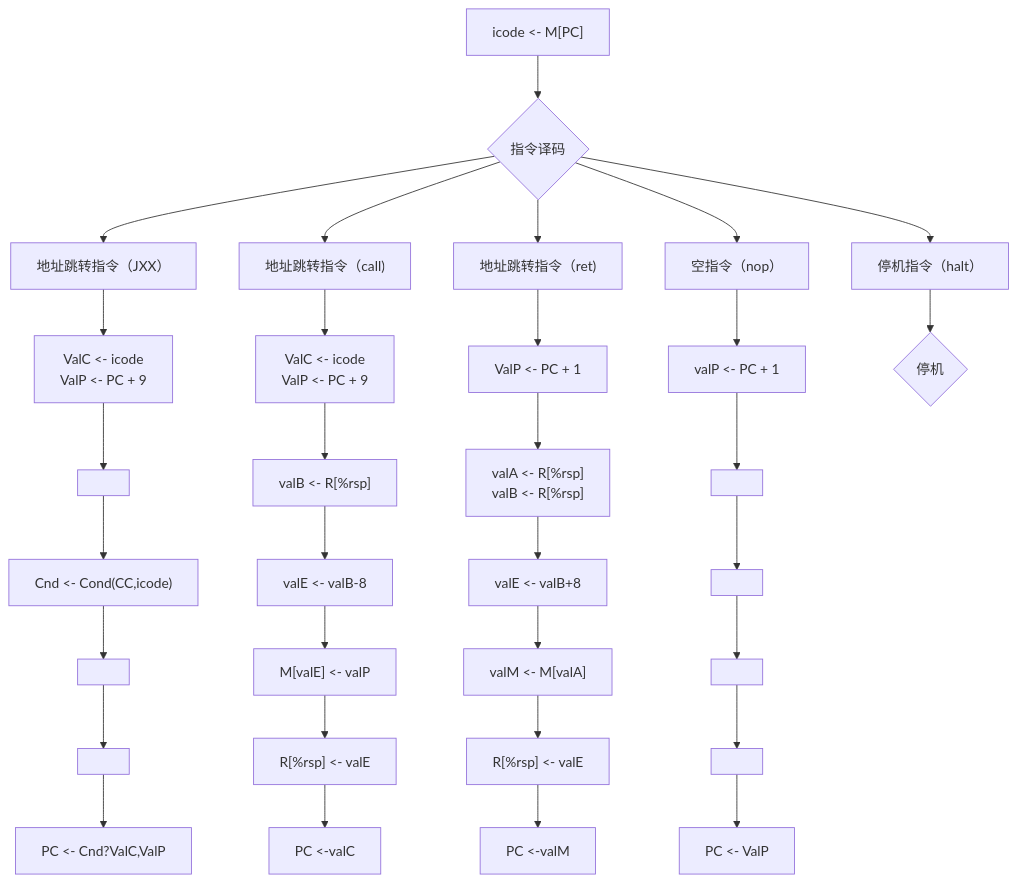
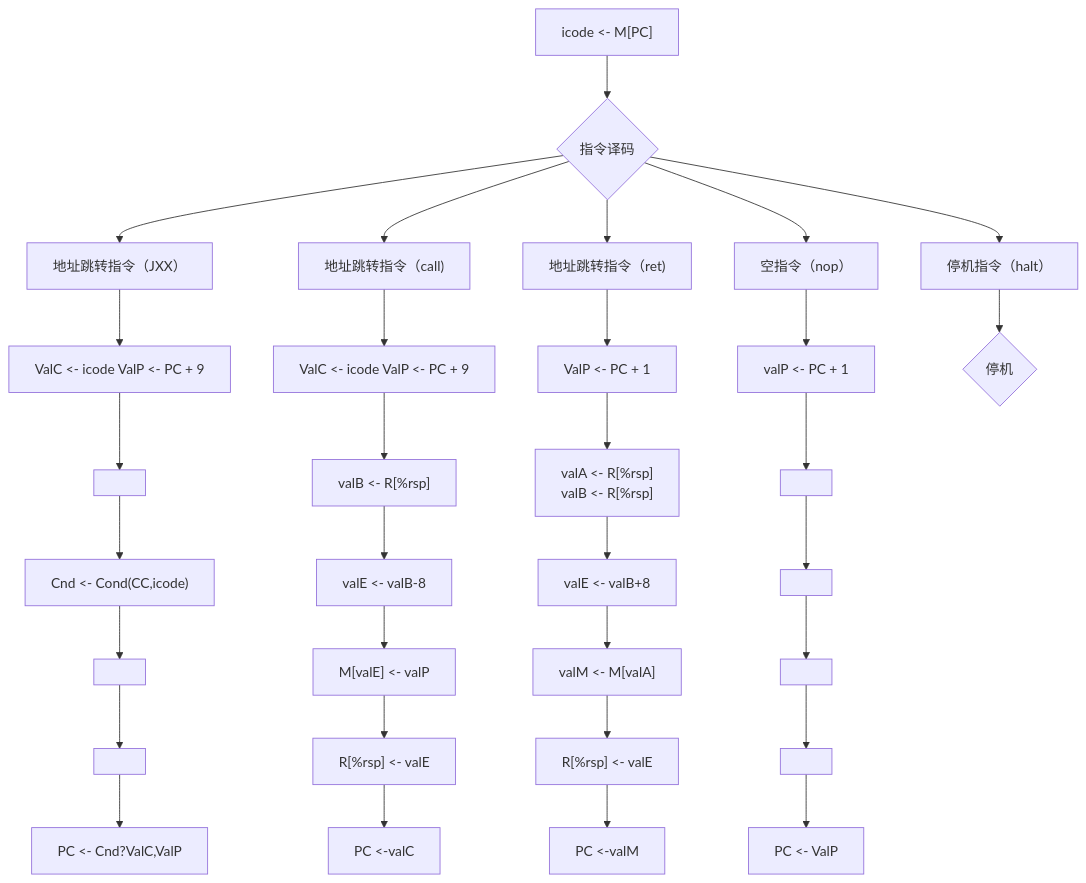
One commit to wzekin/ComputerOrganization changed the second of 2 diagrams in README.md. Above: the diagram before and after it, drawn with Mermaid. The commit also changed other lines of this file and 582 other files, not shown here.

````diff
--- a/README.md
+++ b/README.md
@@ -117,42 +143,42 @@
 ``` mermaid
 graph TD
 a1["icode <- M[PC]"] --> a2{指令译码}
 
 
 
 a2 --> c["地址跳转指令（JXX）"]
-c --> c1["ValC <- icode<br/>ValP <- PC + 9"]
+c --> c1["ValC <- icode  ValP <- PC + 9"]
 c1 --> c2[" "]
 c2 --> c3["Cnd <- Cond(CC,icode)"]
 c3 --> c4[" "]
 c4 --> c5[" "]
 c5 --> c6["PC <- Cnd?ValC,ValP"]
 
 a2 --> d["地址跳转指令（call)"]
-d --> d1["ValC <- icode<br/>ValP <- PC + 9"]
+d --> d1["ValC <- icode  ValP <- PC + 9"]
 d1 --> d2["valB <- R[%rsp]"]
 d2 --> d3["valE <- valB-8"]
 d3 --> d4["M[valE] <- valP"]
 d4 --> d5["R[%rsp] <- valE"]
 d5 --> d6["PC <-valC"]
 
 a2 --> e["地址跳转指令（ret)"]
 e --> e1["ValP <- PC + 1"]
 e1 --> e2["valA <- R[%rsp]<br/>valB <- R[%rsp]"]
 e2 --> e3["valE <- valB+8"]
 e3 --> e4["valM <- M[valA]"]
 e4 --> e5["R[%rsp] <- valE"]
 e5 --> e6["PC <-valM"]
 
 a2 --> f["空指令（nop）"]
 f --> f1["valP <- PC + 1"]
 f1 --> f2[" "]
 f2 --> f3[" "]
 f3 --> f4[" "]
 f4 --> f5[" "]
 f5 --> f6["PC <- ValP"]
 
 a2 --> g["停机指令（halt）"]
 g --> g1{停机}
 
 ```
````
